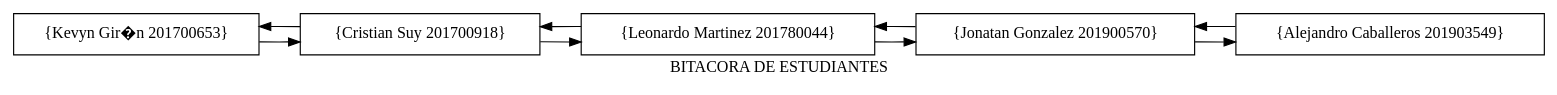
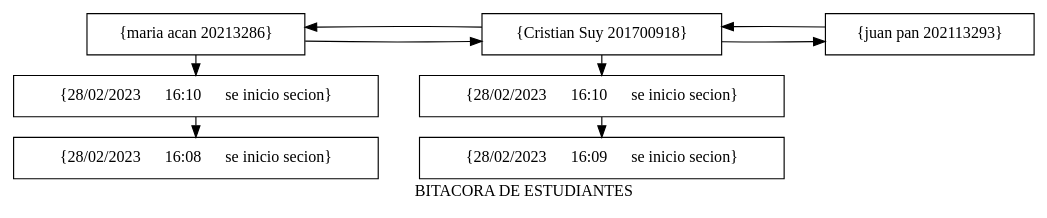
One commit to Nahomi-Aparicio/EDD_1S2023_PY_202113293_F1 changed the diagram in EDD_Proyecto1_Fase1/lista.dot. Above: the diagram before and after it, drawn with Graphviz. The commit also changed 8 other files, not shown here.

```diff
--- a/EDD_Proyecto1_Fase1/lista.dot
+++ b/EDD_Proyecto1_Fase1/lista.dot
@@ -1,18 +1,24 @@
 digraph G {
 rankdir=LR;
 node [shape=box];
 label = "BITACORA DE ESTUDIANTES";
-201700653[label="{Kevyn Gir�n 201700653}"];
-201700653 -> 201700918;
-201700918 -> 201700653;
-201700918[label="{Cristian Suy 201700918}"];
-201700918 -> 201780044;
-201780044 -> 201700918;
-201780044[label="{Leonardo Martinez 201780044}"];
-201780044 -> 201900570;
-201900570 -> 201780044;
-201900570[label="{Jonatan Gonzalez 201900570}"];
-201900570 -> 201903549;
-201903549 -> 201900570;
-201903549[label="{Alejandro Caballeros 201903549}"];
+20213286[label="{maria acan 20213286}"];
+20213286 -> 201700918;
+201700918 -> 20213286;
+{ rank=same 
+ 20213287[label="{28/02/2023      16:10      se inicio secion}"];
+20213286 -> 20213287;
+}{ rank=same 
+ 20213288[label="{28/02/2023      16:08      se inicio secion}"];
+20213287 -> 20213288;
+}201700918[label="{Cristian Suy 201700918}"];
+201700918 -> 202113293;
+202113293 -> 201700918;
+{ rank=same 
+ 201700919[label="{28/02/2023      16:10      se inicio secion}"];
+201700918 -> 201700919;
+}{ rank=same 
+ 201700920[label="{28/02/2023      16:09      se inicio secion}"];
+201700919 -> 201700920;
+}202113293[label="{juan pan 202113293}"];
 }
```
